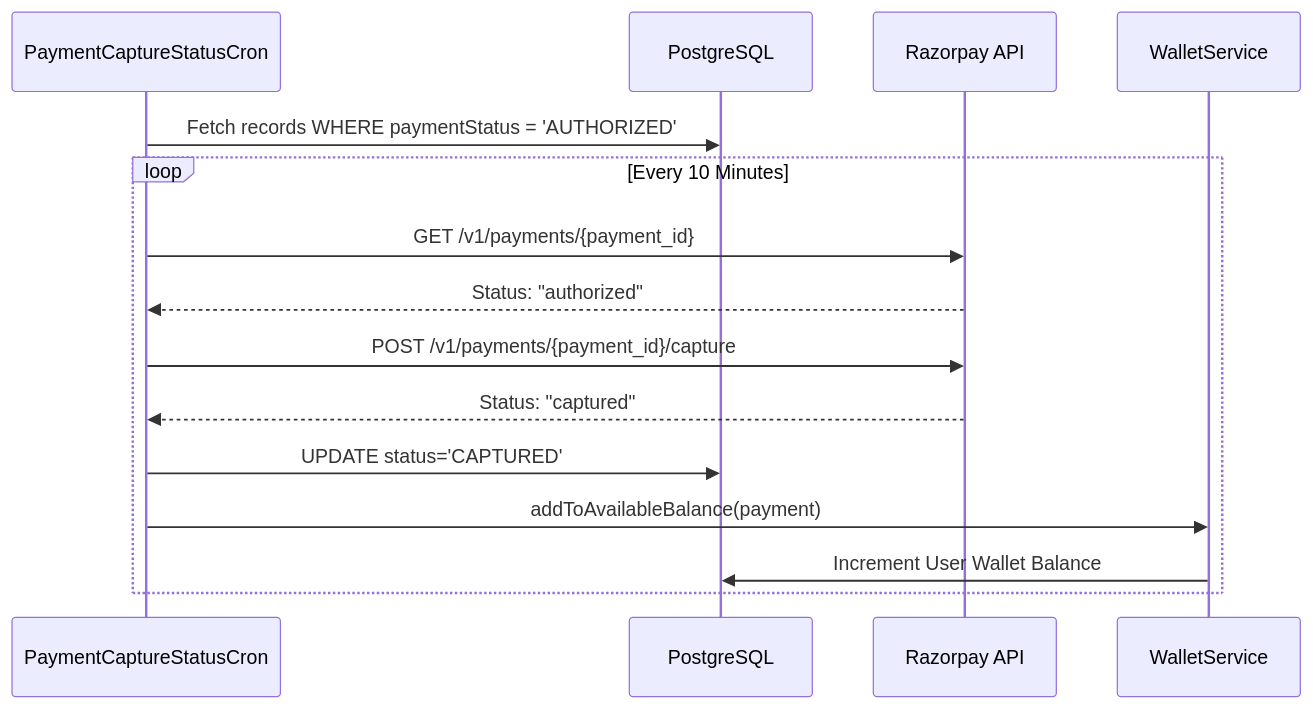
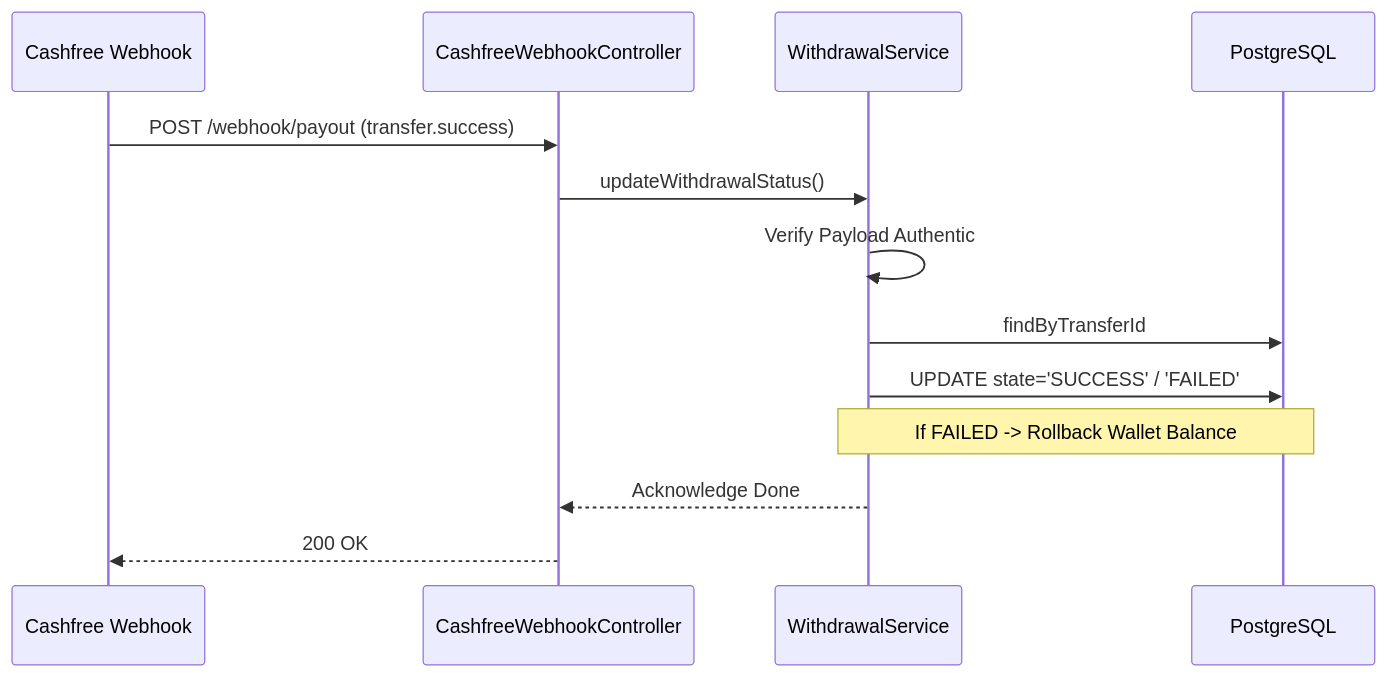
Before and after one commit to Omkar7840/eco: the fourth of 4 diagrams in README.md, drawn with Mermaid. The commit also changed other lines of this file, not shown here.

````diff
--- a/README.md
+++ b/README.md
@@ -95,18 +100,16 @@
 ```mermaid
 sequenceDiagram
-    participant Cron as PaymentCaptureStatusCron
+    participant CF as Cashfree Webhook
+    participant W as CashfreeWebhookController
+    participant S as WithdrawalService
     participant DB as PostgreSQL
-    participant RZ as Razorpay API
-    participant W as WalletService
 
-    Cron->>DB: Fetch records WHERE paymentStatus = 'AUTHORIZED'
-    loop Every 10 Minutes
-        Cron->>RZ: GET /v1/payments/{payment_id}
-        RZ-->>Cron: Status: "authorized"
-        Cron->>RZ: POST /v1/payments/{payment_id}/capture
-        RZ-->>Cron: Status: "captured"
-        Cron->>DB: UPDATE status='CAPTURED'
-        Cron->>W: addToAvailableBalance(payment)
-        W->>DB: Increment User Wallet Balance
-    end
+    CF->>W: POST /webhook/payout (transfer.success)
+    W->>S: updateWithdrawalStatus()
+    S->>S: Verify Payload Authentic
+    S->>DB: findByTransferId
+    S->>DB: UPDATE state='SUCCESS' / 'FAILED'
+    Note over S,DB: If FAILED -> Rollback Wallet Balance
+    S-->>W: Acknowledge Done
+    W-->>CF: 200 OK
 ```
````
